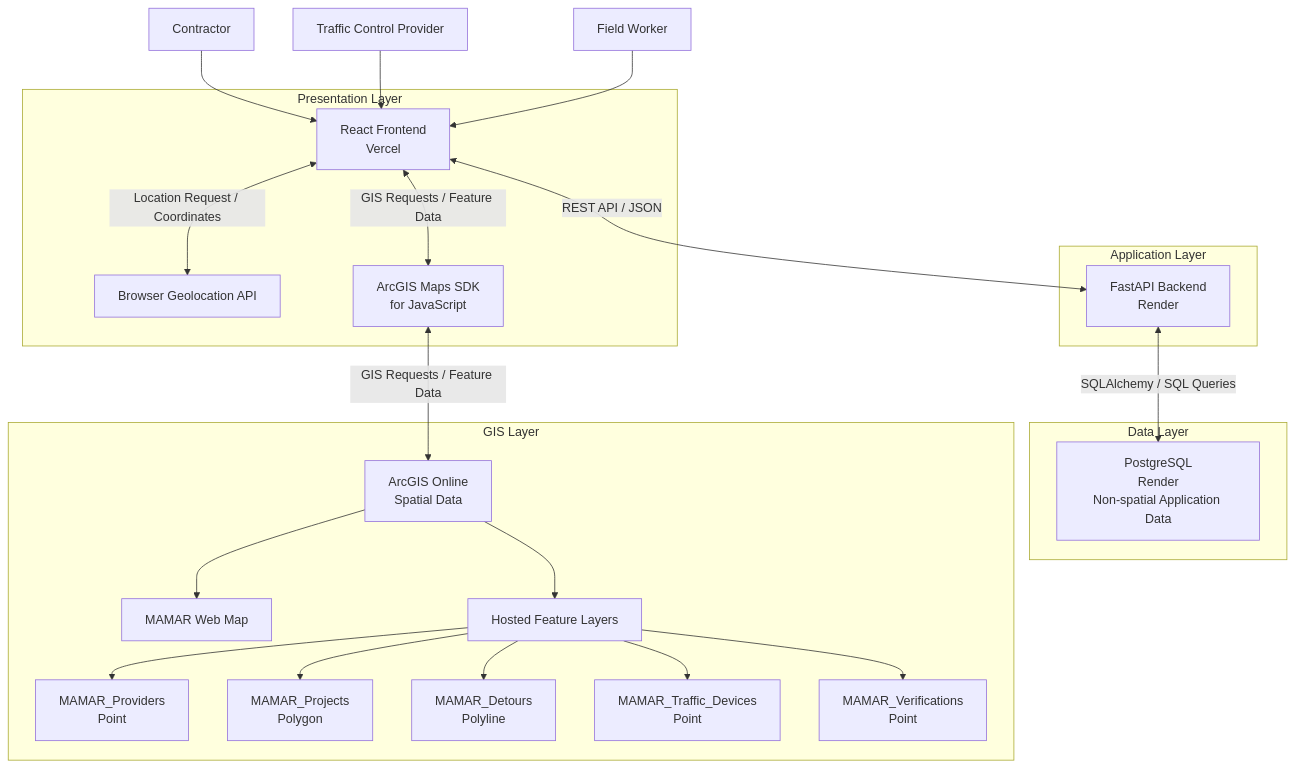
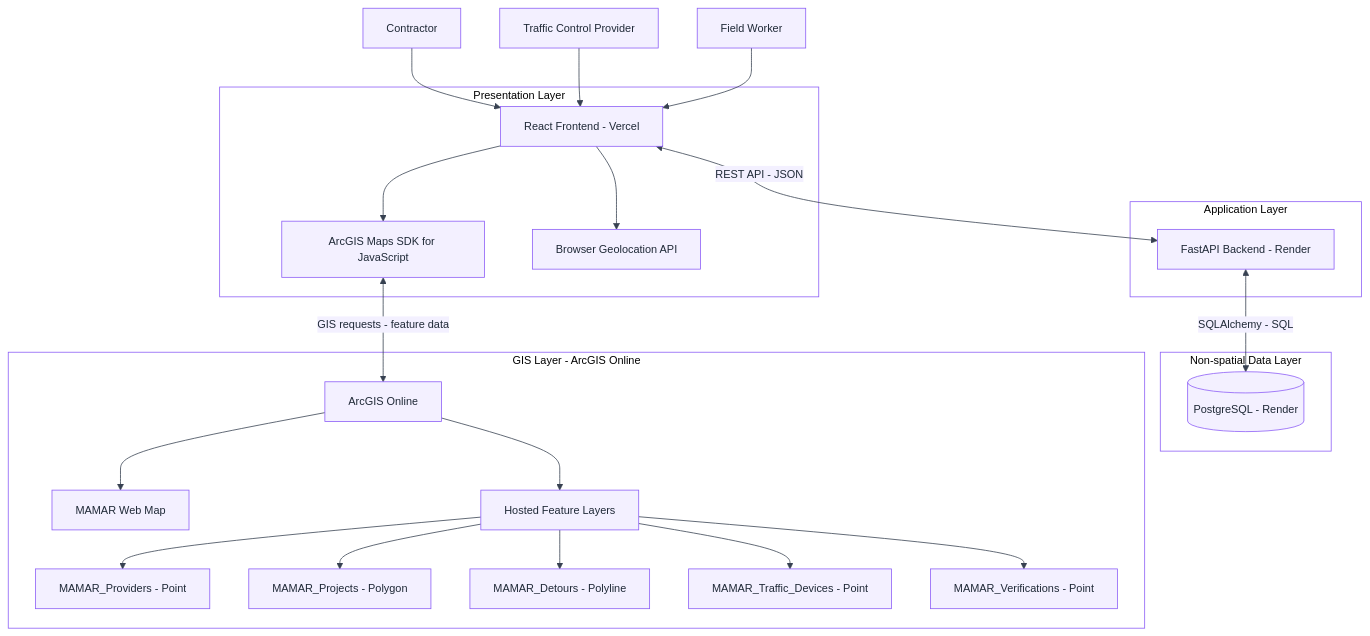
Before and after one commit to janaalhazmi/MAMAR: the first of 6 diagrams in Stage 3: Technical Documentation/README.md, drawn with Mermaid. The commit also changed other lines of this file, not shown here.

Commit message:
Refine Stage 3 API documentation and technical justifications

````diff
--- a/Stage 3: Technical Documentation/README.md
+++ b/Stage 3: Technical Documentation/README.md
@@ -89,54 +89,38 @@
 ```mermaid
+%%{init: {"theme": "base", "themeVariables": {"background": "#FFFFFF", "primaryColor": "#F3F0FF", "primaryTextColor": "#1F2937", "primaryBorderColor": "#8B5CF6", "lineColor": "#374151", "secondaryColor": "#F3F0FF", "tertiaryColor": "#FFFFFF", "actorBkg": "#F3F0FF", "actorBorder": "#8B5CF6", "actorTextColor": "#1F2937", "signalColor": "#374151", "signalTextColor": "#1F2937", "labelBoxBkgColor": "#F3F0FF", "labelBoxBorderColor": "#8B5CF6", "noteBkgColor": "#F3F0FF", "noteBorderColor": "#8B5CF6", "fontFamily": "Arial", "fontSize": "14px"}}}%%
 flowchart TB
-
-    Contractor[Contractor]
-    Provider[Traffic Control Provider]
-    Worker[Field Worker]
-
-    subgraph Presentation["Presentation Layer"]
-        React["React Frontend<br/>Vercel"]
-        Geo["Browser Geolocation API"]
-        SDK["ArcGIS Maps SDK<br/>for JavaScript"]
+    Contractor[Contractor] --> React[React Frontend - Vercel]
+    Provider[Traffic Control Provider] --> React
+    Worker[Field Worker] --> React
+    subgraph Presentation[Presentation Layer]
+      React --> SDK[ArcGIS Maps SDK for JavaScript]
+      React --> Geo[Browser Geolocation API]
     end
-
-    subgraph Application["Application Layer"]
-        FastAPI["FastAPI Backend<br/>Render"]
+    subgraph Application[Application Layer]
+      API[FastAPI Backend - Render]
     end
-
-    subgraph Data["Data Layer"]
-        PostgreSQL["PostgreSQL<br/>Render<br/>Non-spatial Application Data"]
+    subgraph Database[Non-spatial Data Layer]
+      DB[(PostgreSQL - Render)]
     end
-
-    subgraph GIS["GIS Layer"]
-        AGOL["ArcGIS Online<br/>Spatial Data"]
-        WebMap["MAMAR Web Map"]
-        Hosted["Hosted Feature Layers"]
-
-        Providers["MAMAR_Providers<br/>Point"]
-        Projects["MAMAR_Projects<br/>Polygon"]
-        Detours["MAMAR_Detours<br/>Polyline"]
-        Devices["MAMAR_Traffic_Devices<br/>Point"]
-        Verifications["MAMAR_Verifications<br/>Point"]
+    subgraph GIS[GIS Layer - ArcGIS Online]
+      AGOL[ArcGIS Online]
+      WebMap[MAMAR Web Map]
+      Hosted[Hosted Feature Layers]
+      P[MAMAR_Providers - Point]
+      Pr[MAMAR_Projects - Polygon]
+      D[MAMAR_Detours - Polyline]
+      T[MAMAR_Traffic_Devices - Point]
+      V[MAMAR_Verifications - Point]
+      AGOL --> WebMap
+      AGOL --> Hosted
+      Hosted --> P & Pr & D & T & V
     end
-
-    Contractor --> React
-    Provider --> React
-    Worker --> React
-
-    React <-->|"Location Request / Coordinates"| Geo
-    React <-->|"GIS Requests / Feature Data"| SDK
-    React <-->|"REST API / JSON"| FastAPI
-
-    FastAPI <-->|"SQLAlchemy / SQL Queries"| PostgreSQL
-
-    SDK <-->|"GIS Requests / Feature Data"| AGOL
-
-    AGOL --> WebMap
-    AGOL --> Hosted
-
-    Hosted --> Providers
-    Hosted --> Projects
-    Hosted --> Detours
-    Hosted --> Devices
-    Hosted --> Verifications
+    React <-->|REST API - JSON| API
+    API <-->|SQLAlchemy - SQL| DB
+    SDK <-->|GIS requests - feature data| AGOL
+    classDef default fill:#F3F0FF,stroke:#8B5CF6,color:#1F2937,stroke-width:1px;
+    style Presentation fill:#FFFFFF,stroke:#8B5CF6
+    style Application fill:#FFFFFF,stroke:#8B5CF6
+    style Database fill:#FFFFFF,stroke:#8B5CF6
+    style GIS fill:#FFFFFF,stroke:#8B5CF6
 ```
````
